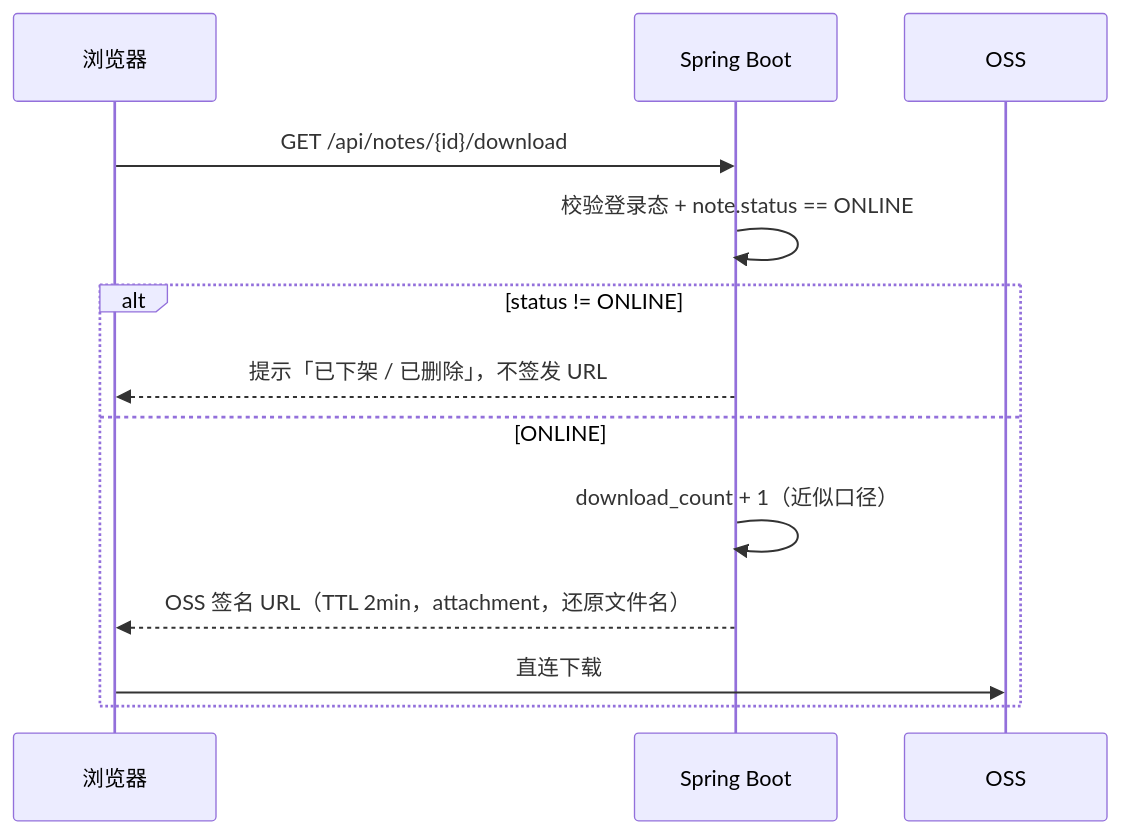
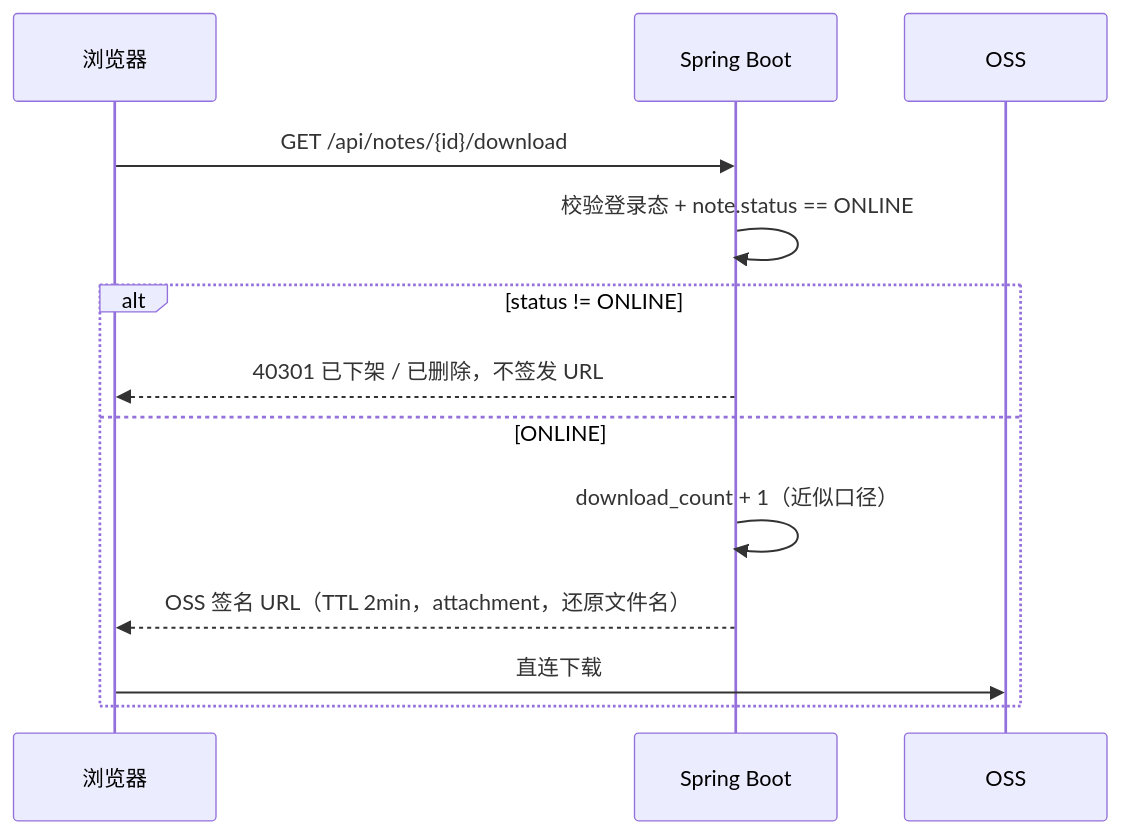
Before and after one commit to ShiwarHoufu/jotang-note: the fifth of 6 diagrams in docs/概要设计.md, drawn with Mermaid. The commit also changed other lines of this file and 5 other files, not shown here.

````diff
--- a/docs/概要设计.md
+++ b/docs/概要设计.md
@@ -389,15 +393,15 @@
 ```mermaid
 sequenceDiagram
   participant U as 浏览器
   participant A as Spring Boot
   participant O as OSS
   U->>A: GET /api/notes/{id}/download
   A->>A: 校验登录态 + note.status == ONLINE
   alt status != ONLINE
-    A-->>U: 提示「已下架 / 已删除」，不签发 URL
+    A-->>U: 40301 已下架 / 已删除，不签发 URL
   else ONLINE
     A->>A: download_count + 1（近似口径）
     A-->>U: OSS 签名 URL（TTL 2min，attachment，还原文件名）
     U->>O: 直连下载
   end
 ```
````
